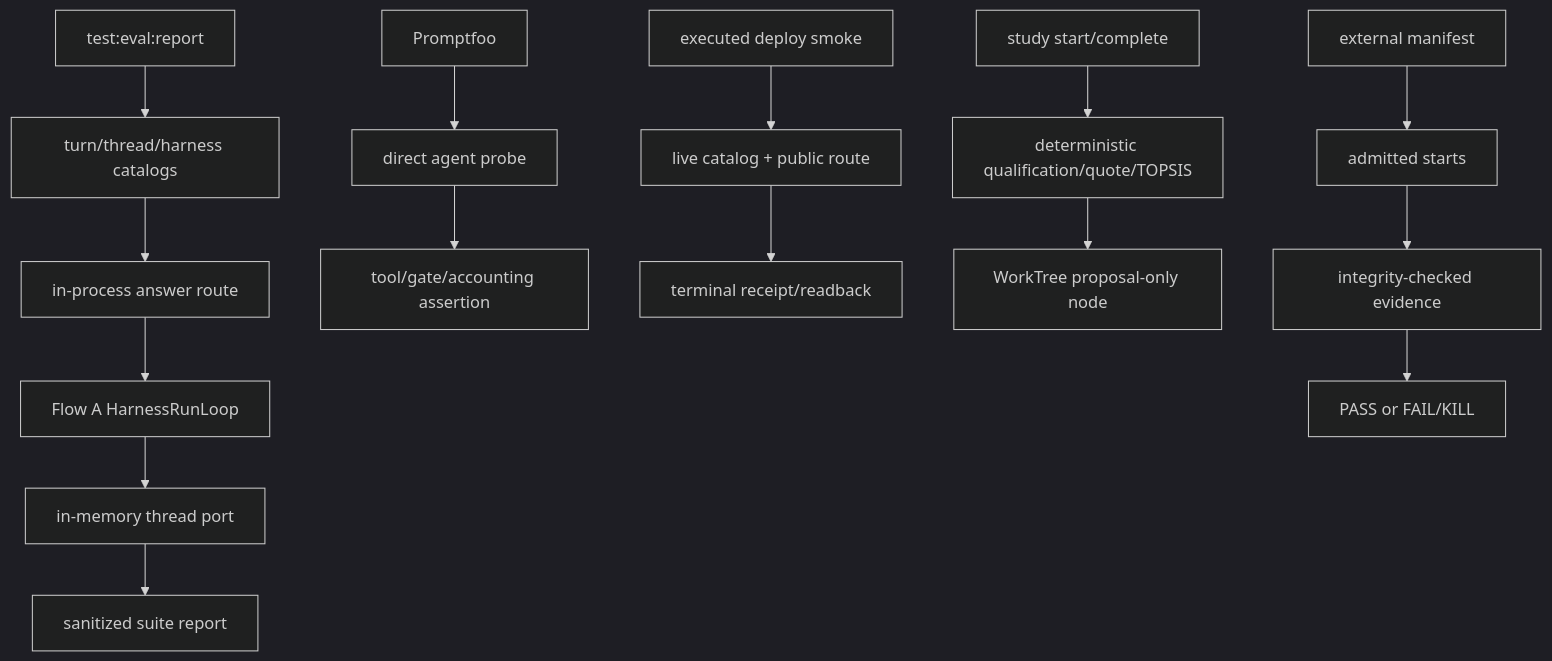
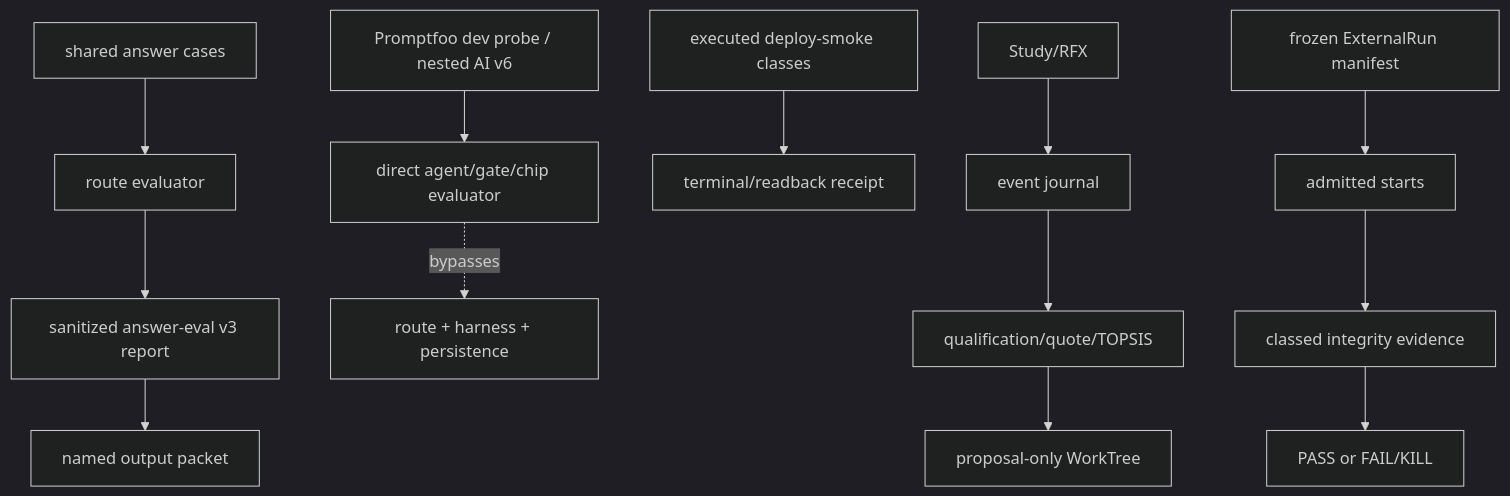
The third of 3 diagrams in .planning/codebase/PROMPT-DATA-FLOW.md (CreasyBear/Agentic-Economy), drawn with Mermaid (dark theme) before and after one commit. The commit also changed other lines of this file, not shown here.

Commit message:
docs: refresh prompt data flow map

````diff
--- a/.planning/codebase/PROMPT-DATA-FLOW.md
+++ b/.planning/codebase/PROMPT-DATA-FLOW.md
@@ -157,9 +187,10 @@
 ```mermaid
 flowchart TD
-  SUITE["test:eval:report"] --> CASES["turn/thread/harness catalogs"] --> ROUTE["in-process answer route"]
-  ROUTE --> HARN["Flow A HarnessRunLoop"] --> FIXTURE["in-memory thread port"] --> SCORE["sanitized suite report"]
-  PFOO["Promptfoo"] --> AGENT["direct agent probe"] --> ASSERT["tool/gate/accounting assertion"]
-  HOSTED["executed deploy smoke"] --> PUBLIC["live catalog + public route"] --> READBACK["terminal receipt/readback"]
-  STUDY["study start/complete"] --> PIPE["deterministic qualification/quote/TOPSIS"] --> PROPOSAL["WorkTree proposal-only node"]
-  MANIFEST["external manifest"] --> START["admitted starts"] --> EVIDENCE["integrity-checked evidence"] --> FINAL["PASS or FAIL/KILL"]
+  CASES["shared answer cases"] --> EVAL["route evaluator"] --> V3["sanitized answer-eval v3 report"]
+  V3 --> PACKET["named output packet"]
+  PFOO["Promptfoo dev probe / nested AI v6"] --> DIRECT["direct agent/gate/chip evaluator"]
+  DIRECT -. bypasses .-> NO["route + harness + persistence"]
+  SMOKE["executed deploy-smoke classes"] --> RECEIPT["terminal/readback receipt"]
+  STUDY["Study/RFX"] --> JOURNAL["event journal"] --> TOPSIS["qualification/quote/TOPSIS"] --> PROPOSAL["proposal-only WorkTree"]
+  MANIFEST["frozen ExternalRun manifest"] --> STARTS["admitted starts"] --> EVIDENCE["classed integrity evidence"] --> GATE["PASS or FAIL/KILL"]
 ```
````
